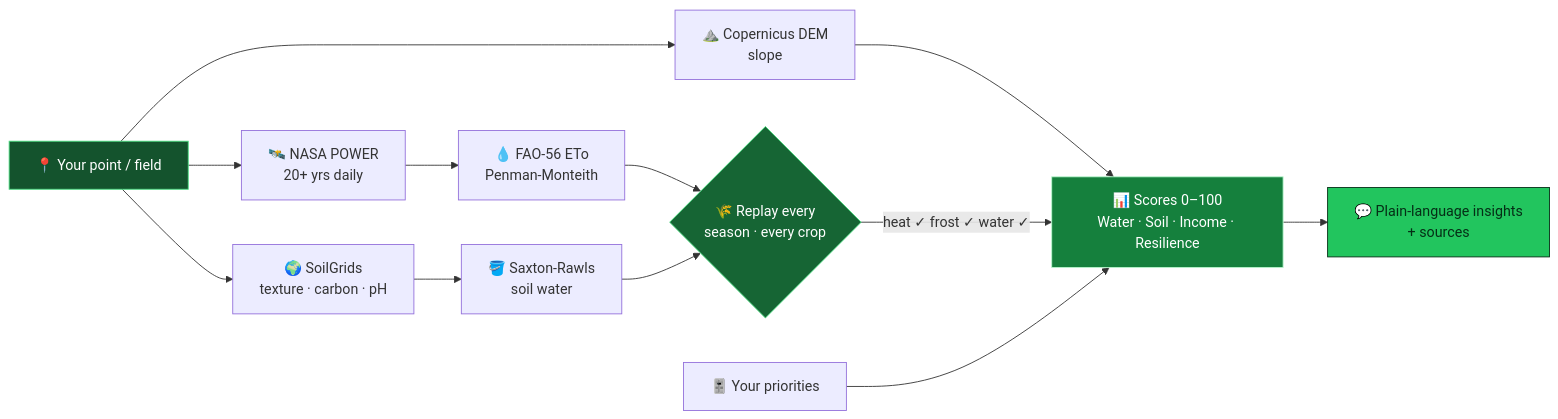
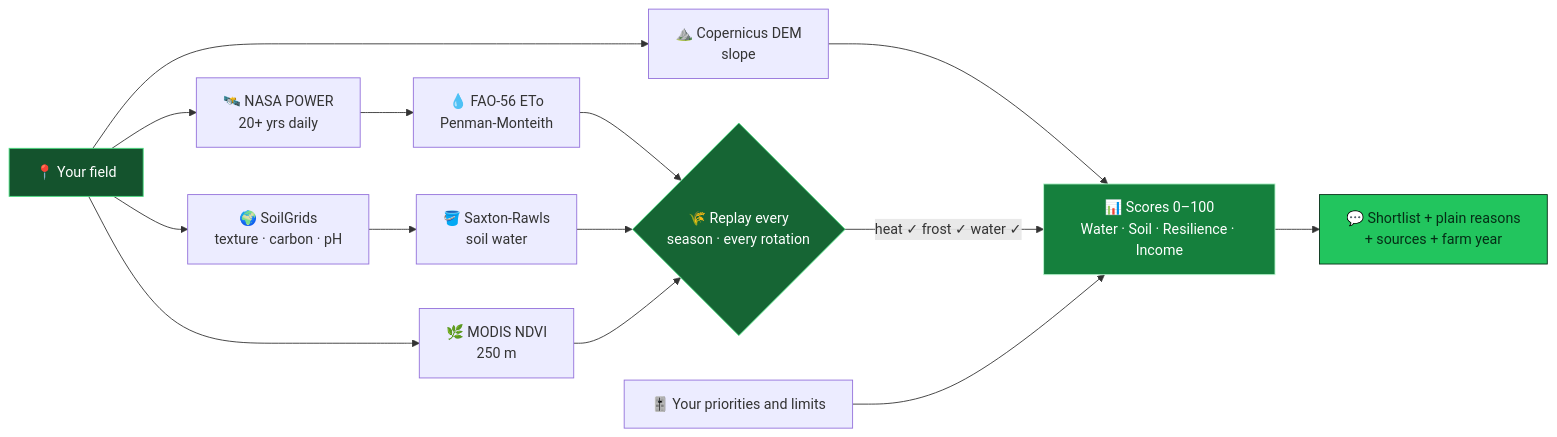
The diagram in README.md (DEVCOPS-8997/field-triage), drawn with Mermaid before and after one commit. The commit also changed other lines of this file and 48 other files, not shown here.

````diff
--- a/README.md
+++ b/README.md
@@ -144,19 +170,21 @@
 ```mermaid
 flowchart LR
-    A["📍 Your point / field"] --> B["🛰️ NASA POWER<br/>20+ yrs daily"]
+    A["📍 Your field"] --> B["🛰️ NASA POWER<br/>20+ yrs daily"]
+    A --> N["🌿 MODIS NDVI<br/>250 m"]
     A --> C["🌍 SoilGrids<br/>texture · carbon · pH"]
     A --> D["⛰️ Copernicus DEM<br/>slope"]
     B --> E["💧 FAO-56 ETo<br/>Penman-Monteith"]
     C --> F["🪣 Saxton-Rawls<br/>soil water"]
-    E --> G{"🌾 Replay every<br/>season · every crop"}
+    E --> G{"🌾 Replay every<br/>season · every rotation"}
     F --> G
+    N --> G
     D --> H
-    G -->|"heat ✓ frost ✓ water ✓"| H["📊 Scores 0–100<br/>Water · Soil · Income · Resilience"]
-    I["🎚️ Your priorities"] --> H
-    H --> J["💬 Plain-language insights<br/>+ sources"]
+    G -->|"heat ✓ frost ✓ water ✓"| H["📊 Scores 0–100<br/>Water · Soil · Resilience · Income"]
+    I["🎚️ Your priorities and limits"] --> H
+    H --> J["💬 Shortlist + plain reasons<br/>+ sources + farm year"]
 
     style A fill:#14532d,stroke:#4ade80,color:#fff
     style G fill:#166534,stroke:#4ade80,color:#fff
     style H fill:#15803d,stroke:#bbf7d0,color:#fff
     style J fill:#22c55e,stroke:#052e16,color:#052e16
 ```
````
